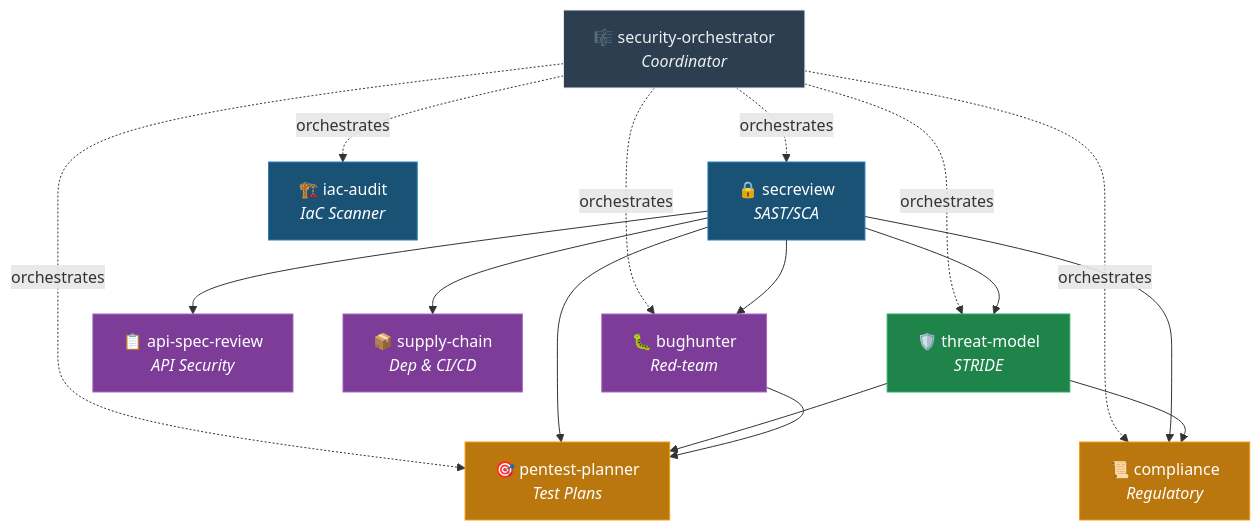
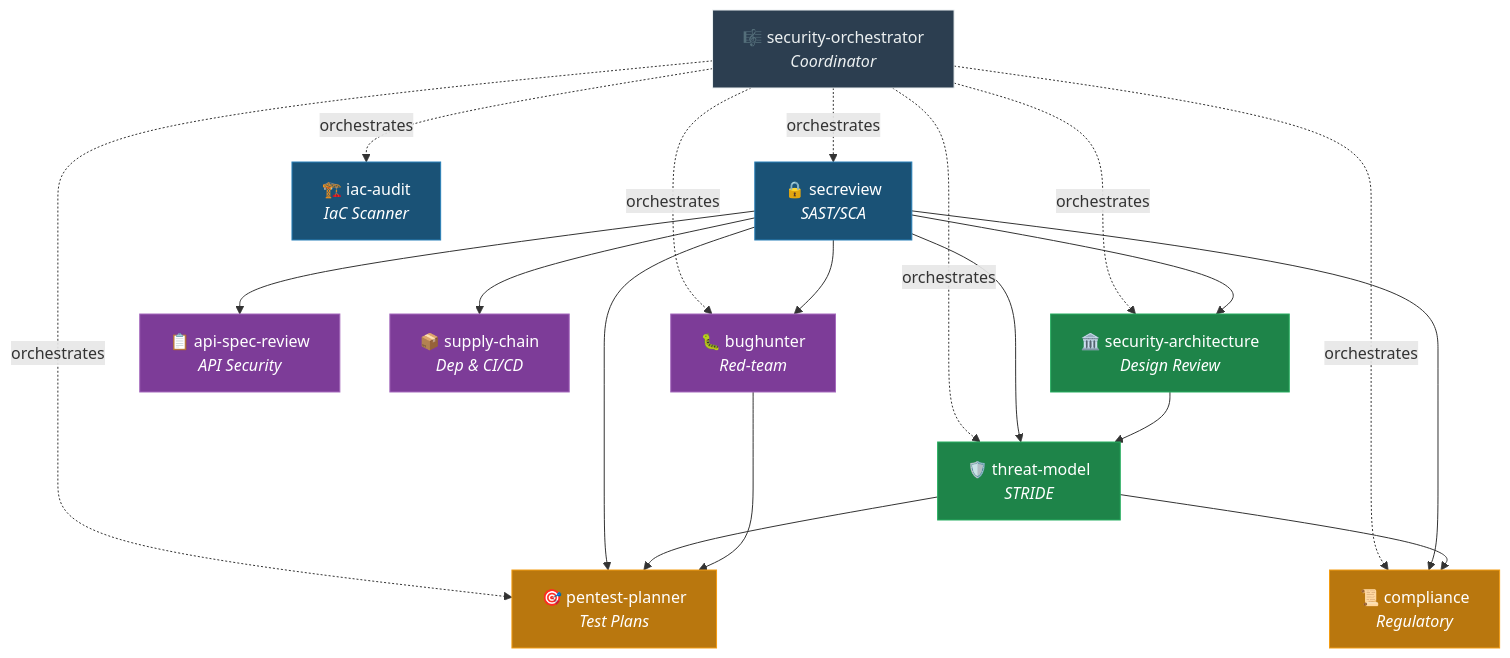
One commit to marcboggs/BMAD-AppSec-Orchestrator changed the fourth of 5 diagrams in README.md. Above: the diagram before and after it, drawn with Mermaid. The commit also changed other lines of this file and 23 other files, not shown here.

Commit message:
Added security architect agent Fix mermaid displays in reports

````diff
--- a/README.md
+++ b/README.md
@@ -127,39 +131,44 @@
 ```mermaid
 graph TD
     SO[🎼 security-orchestrator<br/><i>Coordinator</i>]
     SR[🔒 secreview<br/><i>SAST/SCA</i>]
     IA[🏗️ iac-audit<br/><i>IaC Scanner</i>]
     BH[🐛 bughunter<br/><i>Red-team</i>]
     API[📋 api-spec-review<br/><i>API Security</i>]
     SC[📦 supply-chain<br/><i>Dep & CI/CD</i>]
+    SA[🏛️ security-architecture<br/><i>Design Review</i>]
     TM[🛡️ threat-model<br/><i>STRIDE</i>]
     CO[📜 compliance<br/><i>Regulatory</i>]
     PP[🎯 pentest-planner<br/><i>Test Plans</i>]
 
     SO -.->|orchestrates| SR
     SO -.->|orchestrates| IA
+    SO -.->|orchestrates| SA
     SO -.->|orchestrates| TM
     SO -.->|orchestrates| BH
     SO -.->|orchestrates| CO
     SO -.->|orchestrates| PP
 
     SR --> BH
     SR --> API
     SR --> SC
+    SR --> SA
     SR --> TM
     SR --> CO
     SR --> PP
+    SA --> TM
     TM --> CO
     TM --> PP
     BH --> PP
 
     style SO fill:#2c3e50,stroke:#ecf0f1,color:#ecf0f1
     style SR fill:#1a5276,stroke:#2980b9,color:#fff
     style IA fill:#1a5276,stroke:#2980b9,color:#fff
     style BH fill:#7d3c98,stroke:#a569bd,color:#fff
     style API fill:#7d3c98,stroke:#a569bd,color:#fff
     style SC fill:#7d3c98,stroke:#a569bd,color:#fff
+    style SA fill:#1e8449,stroke:#27ae60,color:#fff
     style TM fill:#1e8449,stroke:#27ae60,color:#fff
     style CO fill:#b9770e,stroke:#f39c12,color:#fff
     style PP fill:#b9770e,stroke:#f39c12,color:#fff
 ```
````
